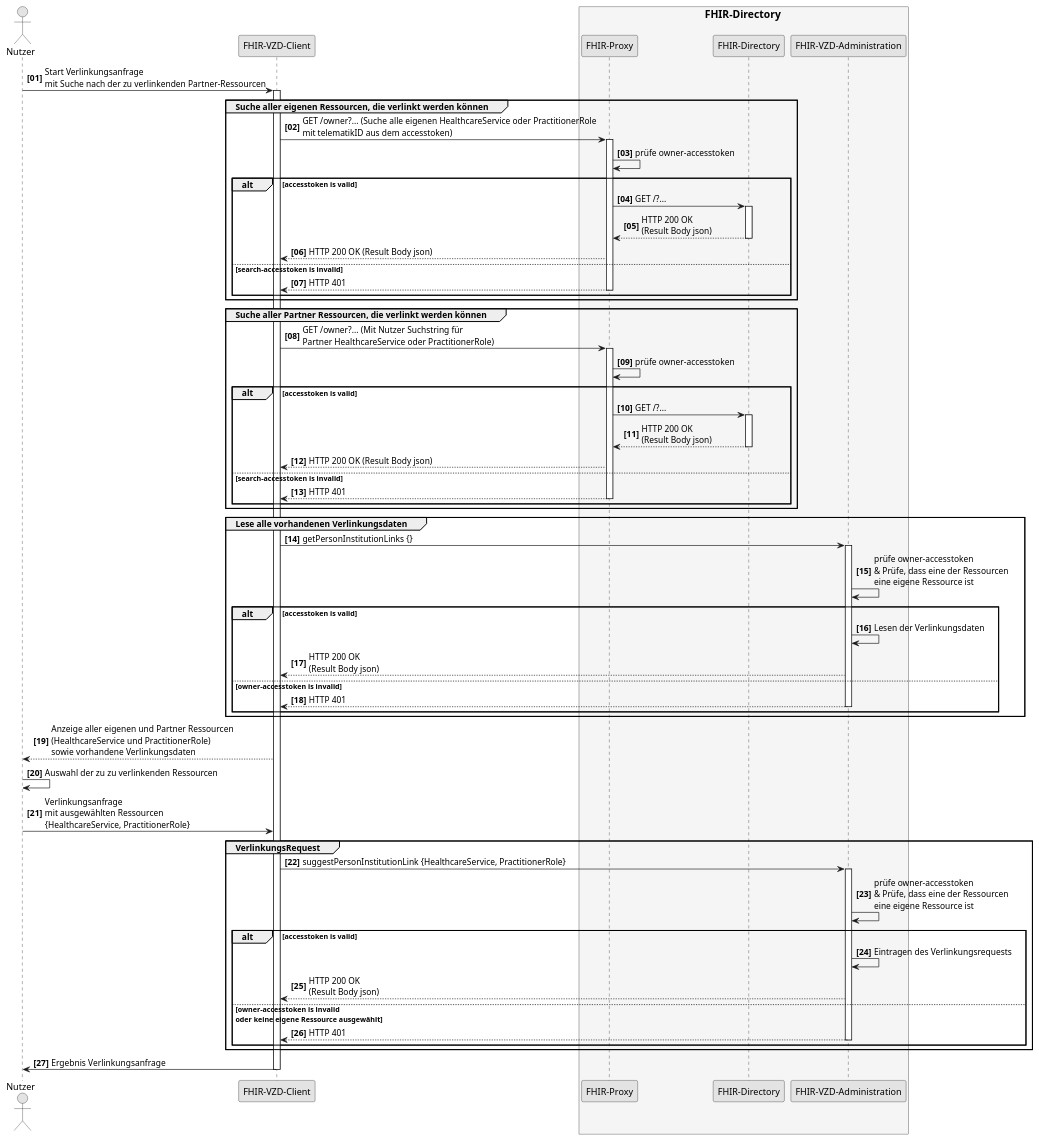
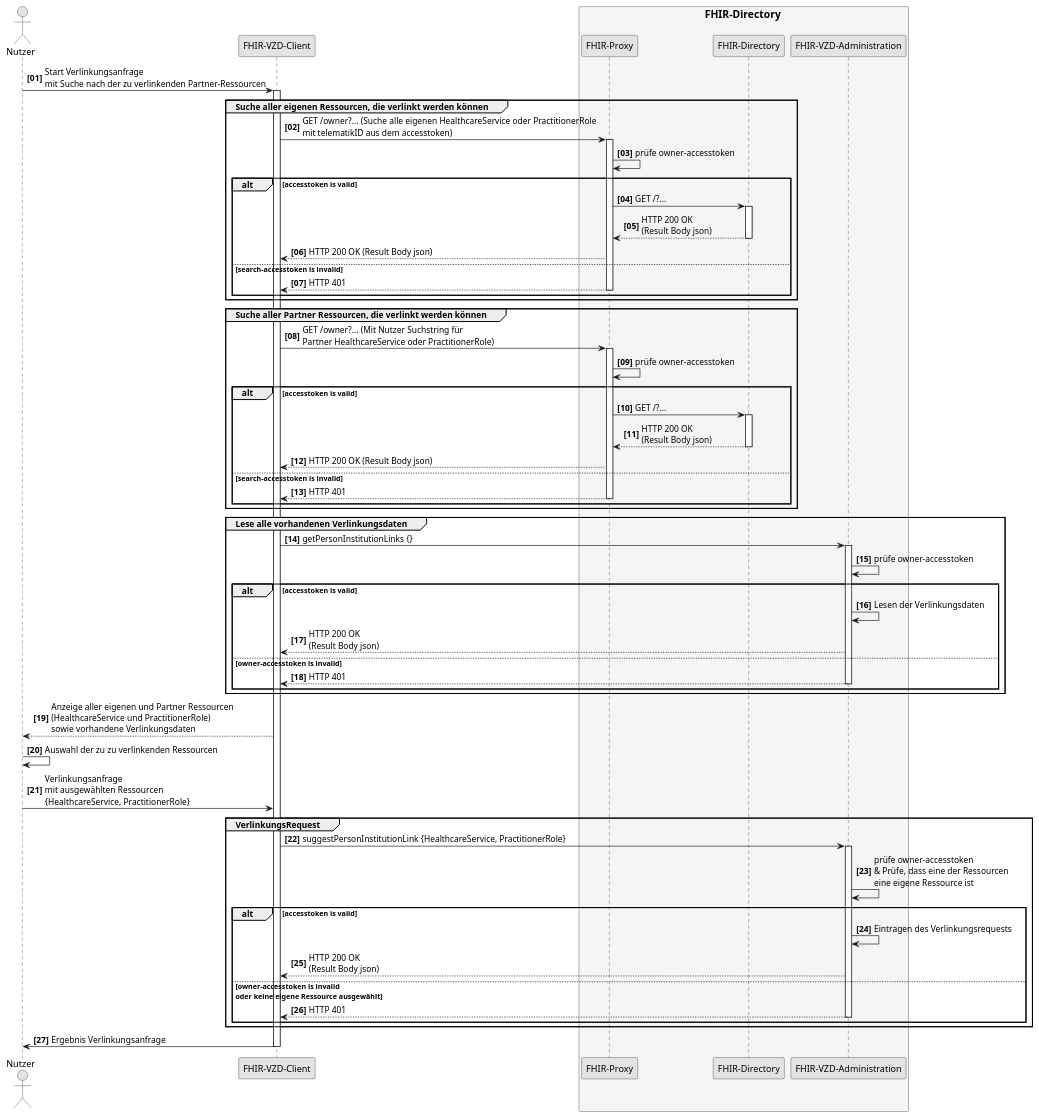
The diagram in src/plantuml/SequenceDiagram.FHIR-Directory.LinkRequest.puml (gematik/api-vzd), drawn with PlantUML before and after one commit.

```diff
--- a/src/plantuml/SequenceDiagram.FHIR-Directory.LinkRequest.puml
+++ b/src/plantuml/SequenceDiagram.FHIR-Directory.LinkRequest.puml
@@ -1,91 +1,90 @@
 @startuml SequenceDiagram.FHIR-Directory.linkRequest
 skinparam dpi 100
 skinparam WrapWidth 200
 skinparam monochrome true
 autonumber "<b>[00]"
 
 'title "FHIR-Directory, Sequenzdiagram link request'
 actor Nutzer
 participant cl as "FHIR-VZD-Client"
 box <size:16>FHIR-Directory</size> #WhiteSmoke
   participant fp as "FHIR-Proxy"
   participant fd as "FHIR-Directory"
   participant fa as "FHIR-VZD-Administration"
 end box
 
 Nutzer -> cl:Start Verlinkungsanfrage \nmit Suche nach der zu verlinkenden Partner-Ressourcen
 activate cl
 
 group Suche aller eigenen Ressourcen, die verlinkt werden können
   cl -> fp: GET /owner?... (Suche alle eigenen HealthcareService oder PractitionerRole \nmit telematikID aus dem accesstoken)
   activate fp
   fp -> fp: prüfe owner-accesstoken
 
     alt accesstoken is valid
       fp -> fd: GET /?...
       activate fd
       fd --> fp: HTTP 200 OK\n(Result Body json)
       deactivate fd
       fp --> cl: HTTP 200 OK (Result Body json)
      else search-accesstoken is invalid
       fp --> cl: HTTP 401
       deactivate fp
      end
 end
 
 group Suche aller Partner Ressourcen, die verlinkt werden können
   cl -> fp: GET /owner?... (Mit Nutzer Suchstring für \nPartner HealthcareService oder PractitionerRole)
   activate fp
   fp -> fp: prüfe owner-accesstoken
 
     alt accesstoken is valid
       fp -> fd: GET /?...
       activate fd
       fd --> fp: HTTP 200 OK\n(Result Body json)
       deactivate fd
       fp --> cl: HTTP 200 OK (Result Body json)
      else search-accesstoken is invalid
       fp --> cl: HTTP 401
       deactivate fp
      end
 end
 
 group Lese alle vorhandenen Verlinkungsdaten
   cl -> fa: getPersonInstitutionLinks {}
   activate fa
-  fa -> fa: prüfe owner-accesstoken\n& Prüfe, dass eine der Ressourcen \neine eigene Ressource ist
-
+  fa -> fa: prüfe owner-accesstoken
     alt accesstoken is valid
       fa -> fa: Lesen der Verlinkungsdaten
       fa --> cl: HTTP 200 OK\n(Result Body json)
       
      else owner-accesstoken is invalid
       fa --> cl: HTTP 401
       deactivate fa
      end
 end
 
 cl --> Nutzer:Anzeige aller eigenen und Partner Ressourcen \n(HealthcareService und PractitionerRole) \nsowie vorhandene Verlinkungsdaten
 Nutzer -> Nutzer: Auswahl der zu zu verlinkenden Ressourcen
 Nutzer -> cl: Verlinkungsanfrage \nmit ausgewählten Ressourcen \n{HealthcareService, PractitionerRole}
 
 group VerlinkungsRequest
   cl -> fa: suggestPersonInstitutionLink {HealthcareService, PractitionerRole}
   activate fa
   fa -> fa: prüfe owner-accesstoken\n& Prüfe, dass eine der Ressourcen \neine eigene Ressource ist
 
     alt accesstoken is valid
       fa -> fa: Eintragen des Verlinkungsrequests
       fa --> cl: HTTP 200 OK\n(Result Body json)
       
      else owner-accesstoken is invalid\noder keine eigene Ressource ausgewählt
       fa --> cl: HTTP 401
       deactivate fa
      end
 end
 
 cl -> Nutzer: Ergebnis Verlinkungsanfrage
 
 deactivate cl
 
 @enduml
```
